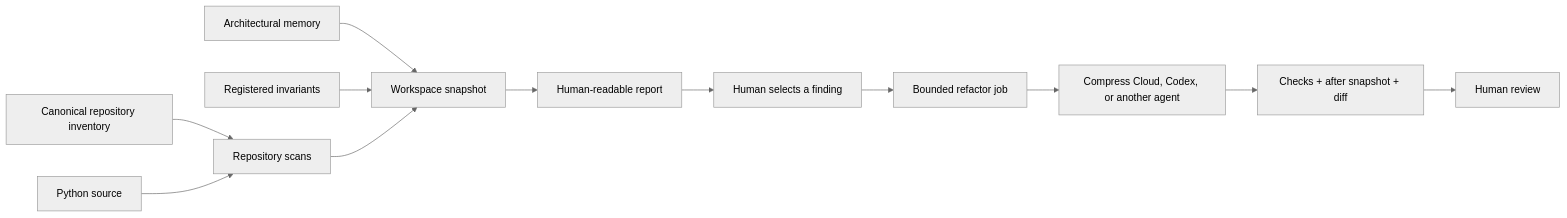
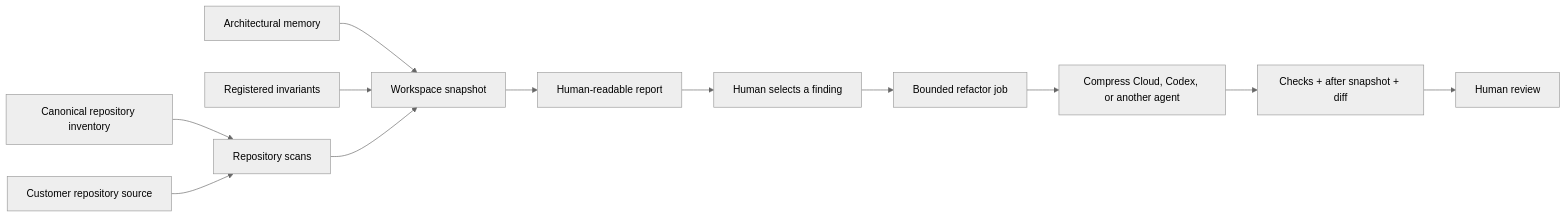
One commit to Unit237/complexity-harness changed the diagram in README.md. Above: the diagram before and after it, drawn with Mermaid (neutral theme). The commit also changed other lines of this file and 16 other files, not shown here.

````diff
--- a/README.md
+++ b/README.md
@@ -38,14 +38,14 @@
 ```mermaid
 flowchart LR
     Inventory["Canonical repository inventory"] --> Scan["Repository scans"]
-    Code["Python source"] --> Scan
+    Code["Customer repository source"] --> Scan
     Memory["Architectural memory"] --> Snapshot["Workspace snapshot"]
     Invariants["Registered invariants"] --> Snapshot
     Scan --> Snapshot
     Snapshot --> Report["Human-readable report"]
     Report --> Select["Human selects a finding"]
     Select --> Job["Bounded refactor job"]
     Job --> Agent["Compress Cloud, Codex, or another agent"]
     Agent --> Verify["Checks + after snapshot + diff"]
     Verify --> Review["Human review"]
 ```
````
